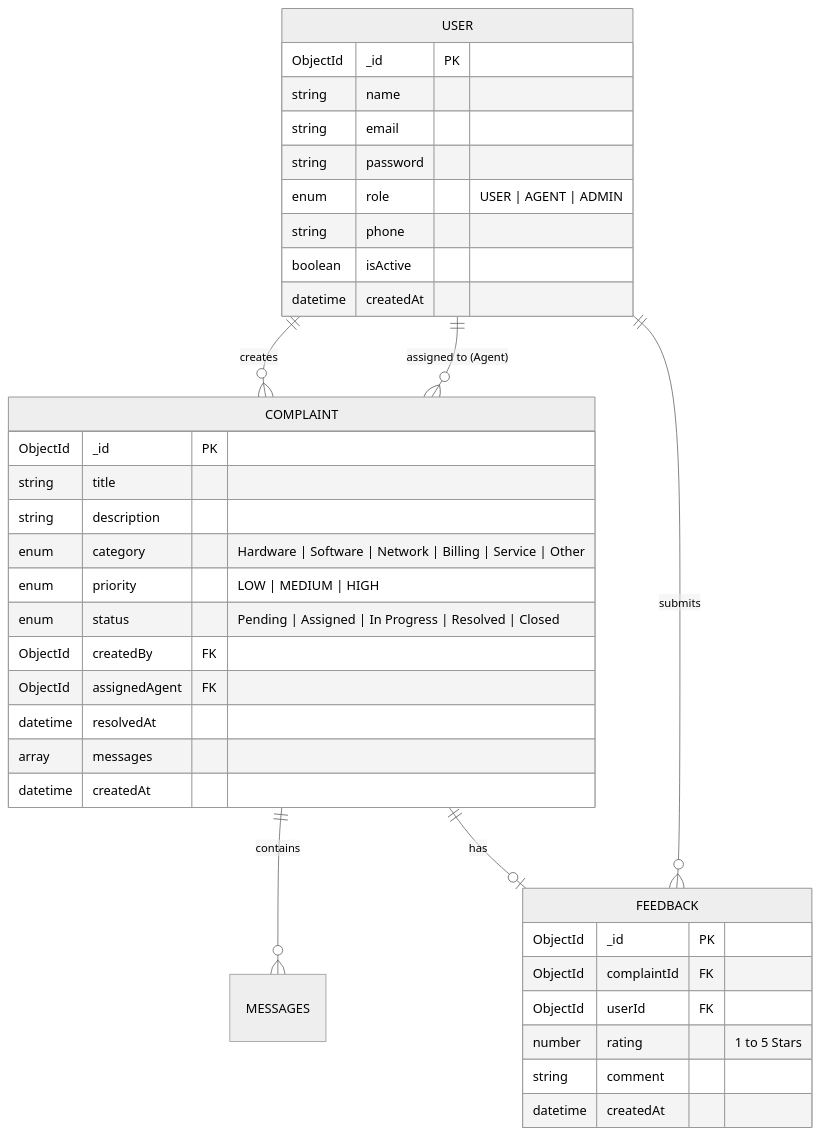
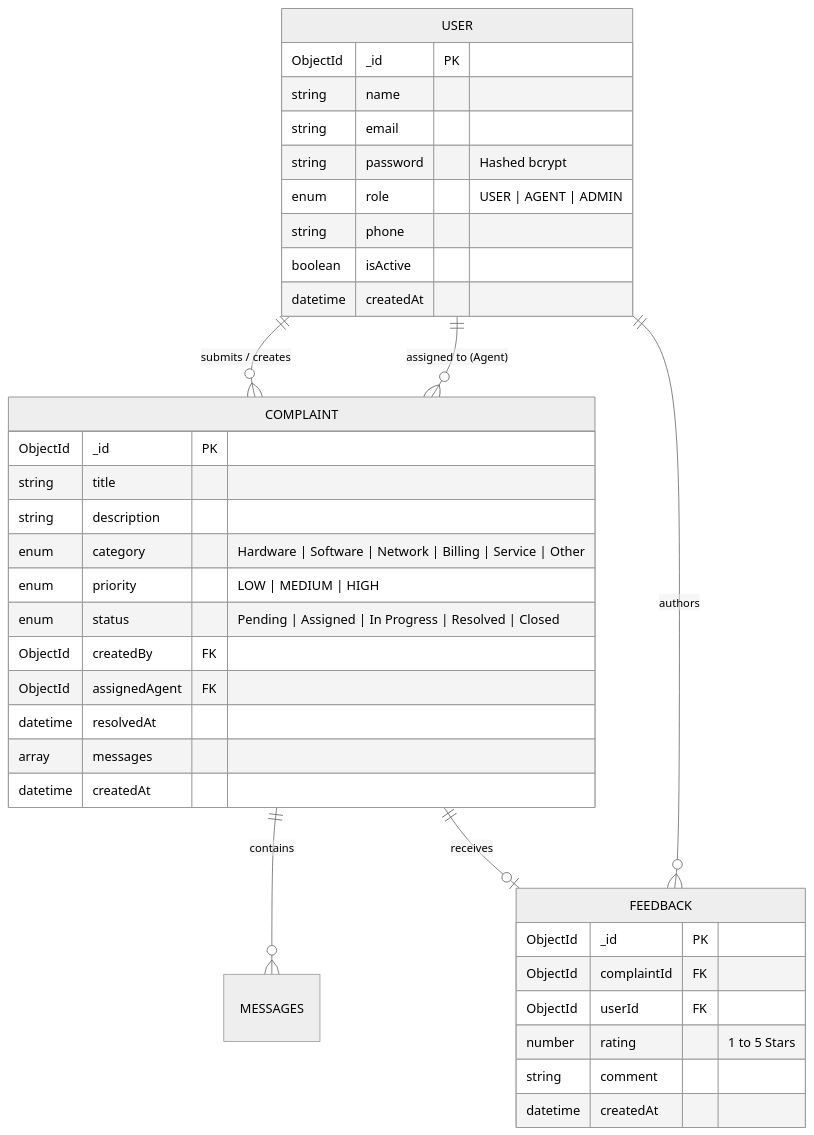
The second of 3 diagrams in README.md (sooryaprakashrnp-wq/online-complaint-register), drawn with Mermaid (neutral theme) before and after one commit. The commit also changed other lines of this file, not shown here.

````diff
--- a/README.md
+++ b/README.md
@@ -43,42 +83,42 @@
 ```mermaid
 erDiagram
-    USER ||--o{ COMPLAINT : "creates"
+    USER ||--o{ COMPLAINT : "submits / creates"
     USER ||--o{ COMPLAINT : "assigned to (Agent)"
-    USER ||--o{ FEEDBACK : "submits"
+    USER ||--o{ FEEDBACK : "authors"
     COMPLAINT ||--o{ MESSAGES : "contains"
-    COMPLAINT ||--o| FEEDBACK : "has"
+    COMPLAINT ||--o| FEEDBACK : "receives"
 
     USER {
         ObjectId _id PK
         string name
         string email
-        string password
+        string password "Hashed bcrypt"
         enum role "USER | AGENT | ADMIN"
         string phone
         boolean isActive
         datetime createdAt
     }
 
     COMPLAINT {
         ObjectId _id PK
         string title
         string description
         enum category "Hardware | Software | Network | Billing | Service | Other"
         enum priority "LOW | MEDIUM | HIGH"
         enum status "Pending | Assigned | In Progress | Resolved | Closed"
         ObjectId createdBy FK
         ObjectId assignedAgent FK
         datetime resolvedAt
         array messages
         datetime createdAt
     }
 
     FEEDBACK {
         ObjectId _id PK
         ObjectId complaintId FK
         ObjectId userId FK
         number rating "1 to 5 Stars"
         string comment
         datetime createdAt
     }
 ```
````
